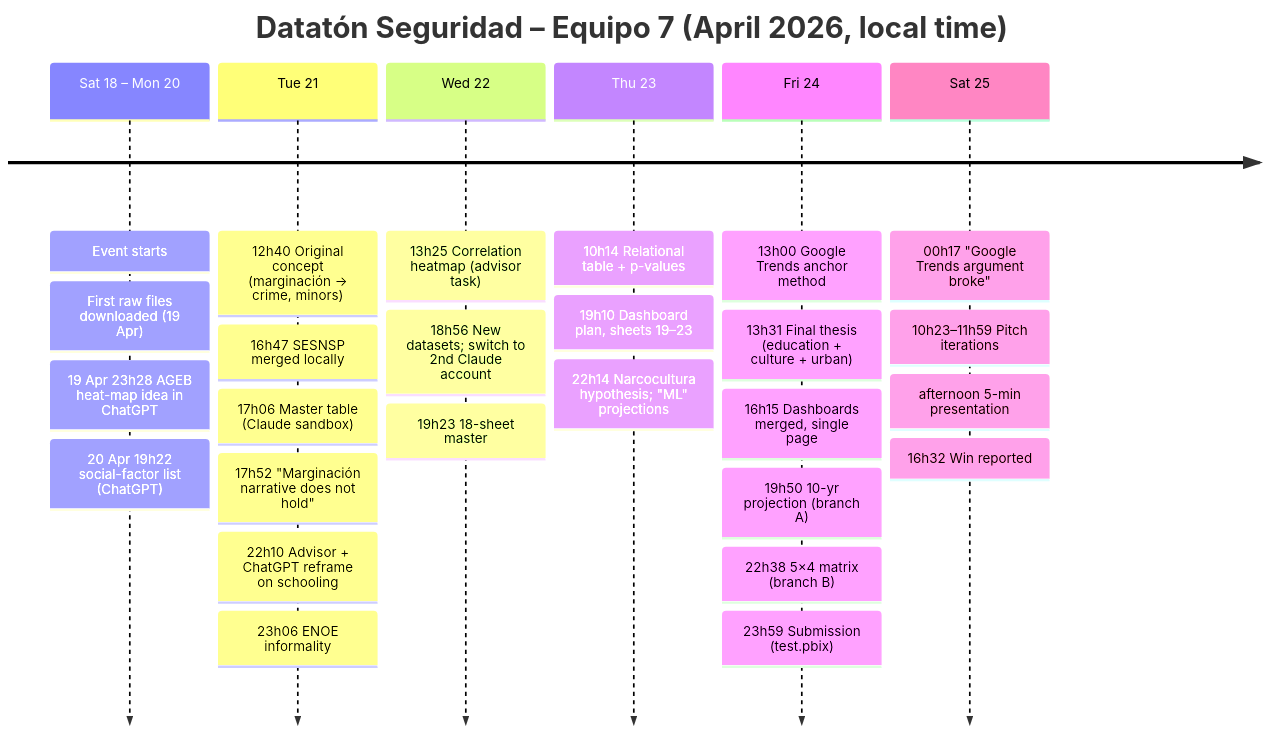
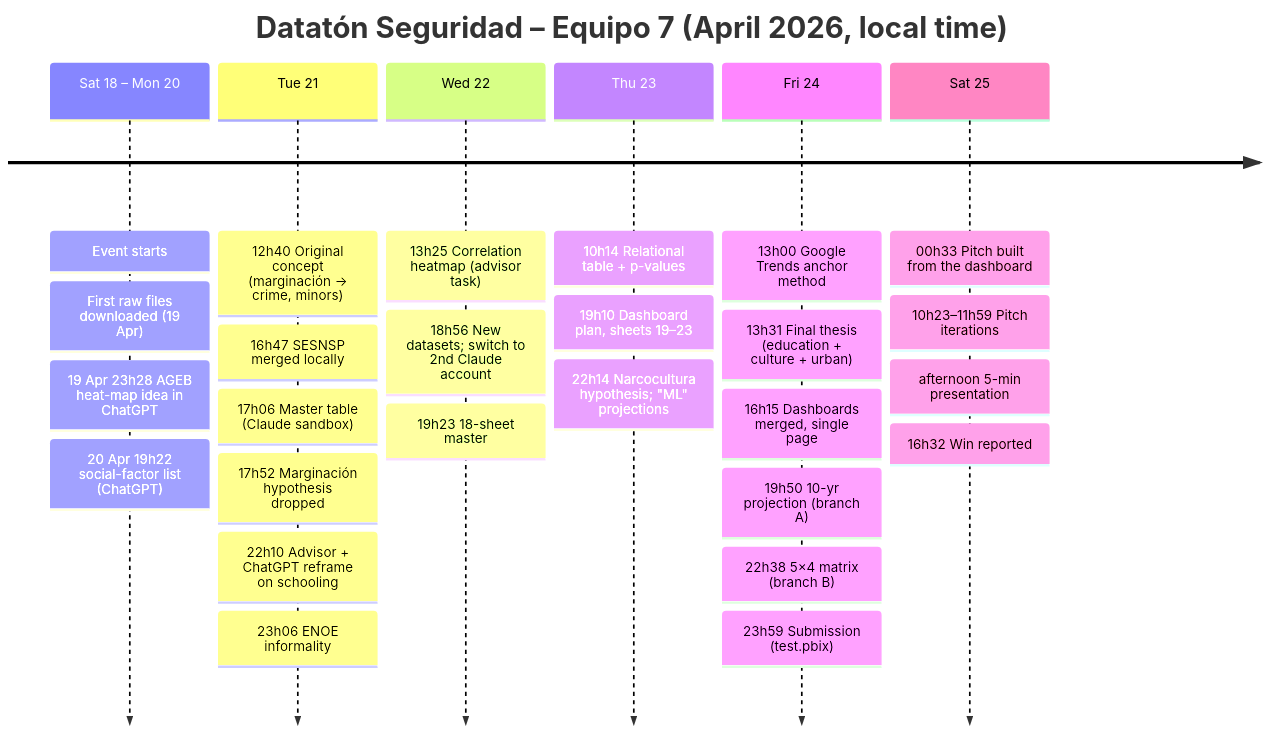
The diagram in docs/04_project_evolution.md (Joaco2025/2do-dataton-security-winner), drawn with Mermaid before and after one commit. The commit also changed other lines of this file and 14 other files, not shown here.

First line of the commit message:
Tell the story from idea to win; reframe docs around the team's thesis

````diff
--- a/docs/04_project_evolution.md
+++ b/docs/04_project_evolution.md
@@ -11,10 +11,10 @@
 ```mermaid
 timeline
     title Datatón Seguridad – Equipo 7 (April 2026, local time)
     Sat 18 – Mon 20 : Event starts : First raw files downloaded (19 Apr) : 19 Apr 23h28 AGEB heat-map idea in ChatGPT : 20 Apr 19h22 social-factor list (ChatGPT)
-    Tue 21 : 12h40 Original concept (marginación → crime, minors) : 16h47 SESNSP merged locally : 17h06 Master table (Claude sandbox) : 17h52 "Marginación narrative does not hold" : 22h10 Advisor + ChatGPT reframe on schooling : 23h06 ENOE informality
+    Tue 21 : 12h40 Original concept (marginación → crime, minors) : 16h47 SESNSP merged locally : 17h06 Master table (Claude sandbox) : 17h52 Marginación hypothesis dropped : 22h10 Advisor + ChatGPT reframe on schooling : 23h06 ENOE informality
     Wed 22 : 13h25 Correlation heatmap (advisor task) : 18h56 New datasets; switch to 2nd Claude account : 19h23 18-sheet master
     Thu 23 : 10h14 Relational table + p-values : 19h10 Dashboard plan, sheets 19–23 : 22h14 Narcocultura hypothesis; "ML" projections
     Fri 24 : 13h00 Google Trends anchor method : 13h31 Final thesis (education + culture + urban) : 16h15 Dashboards merged, single page : 19h50 10-yr projection (branch A) : 22h38 5×4 matrix (branch B) : 23h59 Submission (test.pbix)
-    Sat 25 : 00h17 "Google Trends argument broke" : 10h23–11h59 Pitch iterations : afternoon 5-min presentation : 16h32 Win reported
+    Sat 25 : 00h33 Pitch built from the dashboard : 10h23–11h59 Pitch iterations : afternoon 5-min presentation : 16h32 Win reported
 ```
````
